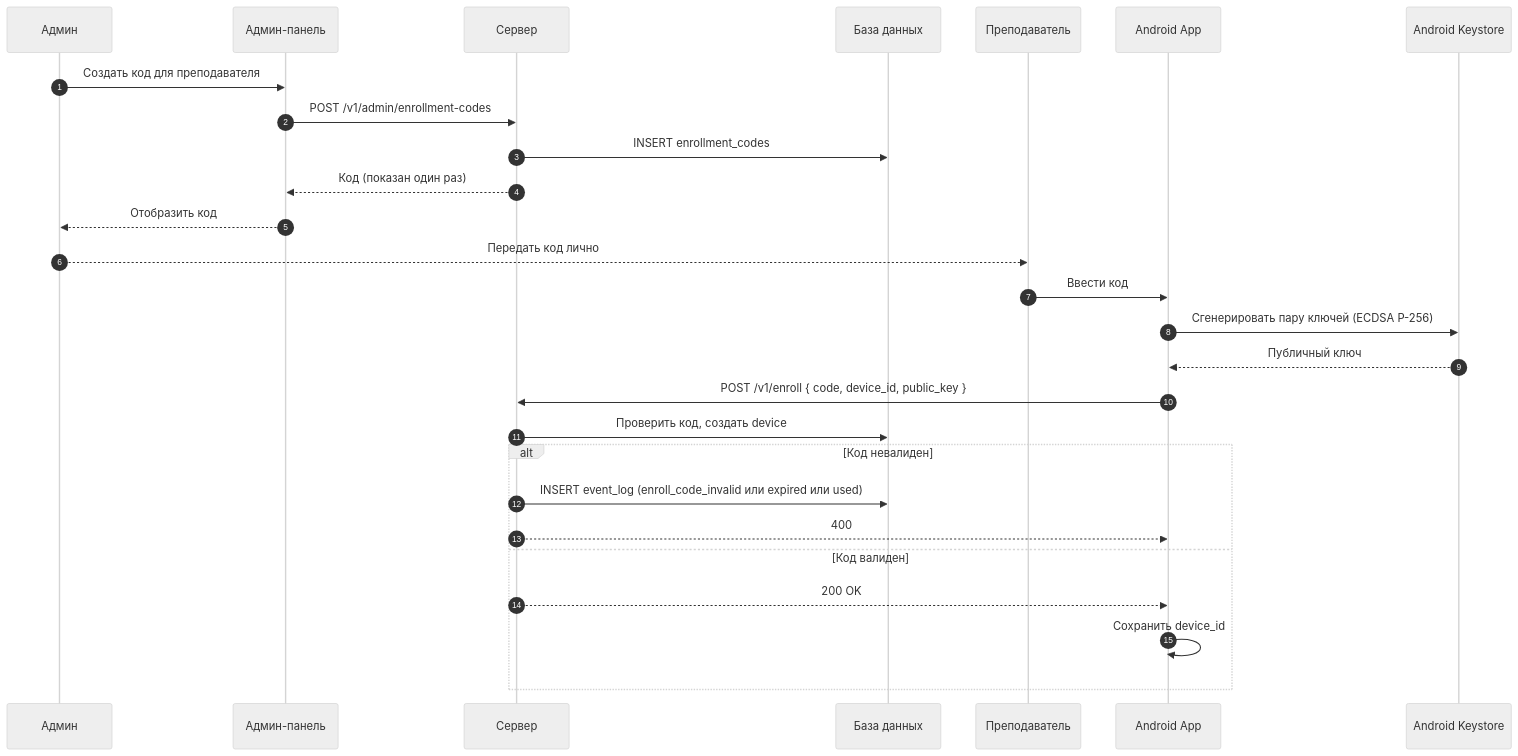
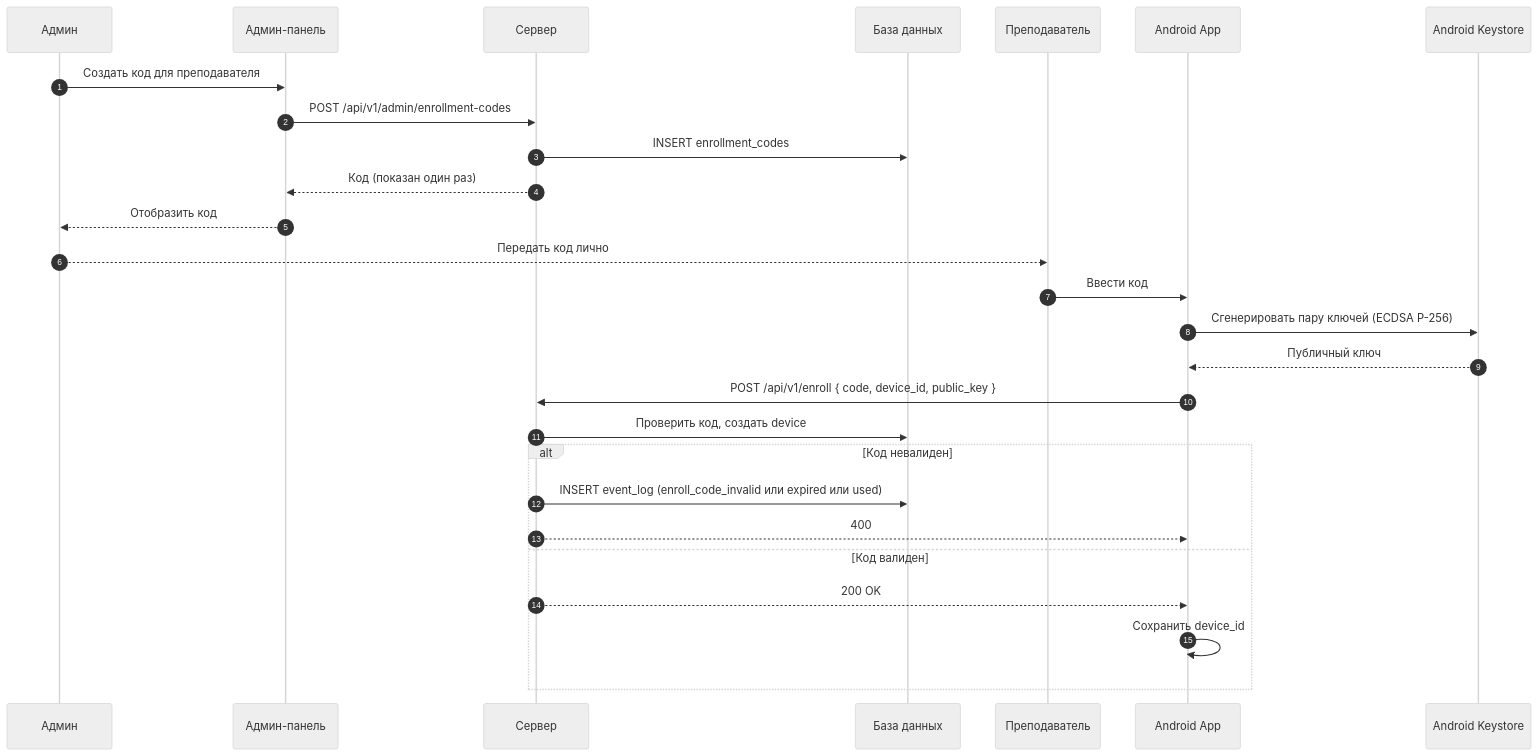
Before and after one commit to SP4CEVI/iasu-2.0: the eighth of 15 diagrams in docs/concept.md, drawn with Mermaid (neutral theme). The commit also changed other lines of this file, not shown here.

````diff
--- a/docs/concept.md
+++ b/docs/concept.md
@@ -1292,31 +1371,31 @@
 ```mermaid
 sequenceDiagram
     autonumber
     participant Admin as Админ
     participant Web as Админ-панель
     participant API as Сервер
     participant DB as База данных
     participant Teacher as Преподаватель
     participant App as Android App
     participant KS as Android Keystore
 
     Admin->>Web: Создать код для преподавателя
-    Web->>API: POST /v1/admin/enrollment-codes
+    Web->>API: POST /api/v1/admin/enrollment-codes
     API->>DB: INSERT enrollment_codes
     API-->>Web: Код (показан один раз)
     Web-->>Admin: Отобразить код
     Admin-->>Teacher: Передать код лично
 
     Teacher->>App: Ввести код
     App->>KS: Сгенерировать пару ключей (ECDSA P-256)
     KS-->>App: Публичный ключ
-    App->>API: POST /v1/enroll { code, device_id, public_key }
+    App->>API: POST /api/v1/enroll { code, device_id, public_key }
     API->>DB: Проверить код, создать device
     alt Код невалиден
         API->>DB: INSERT event_log (enroll_code_invalid или expired или used)
         API-->>App: 400
     else Код валиден
         API-->>App: 200 OK
         App->>App: Сохранить device_id
     end
 ```
````
